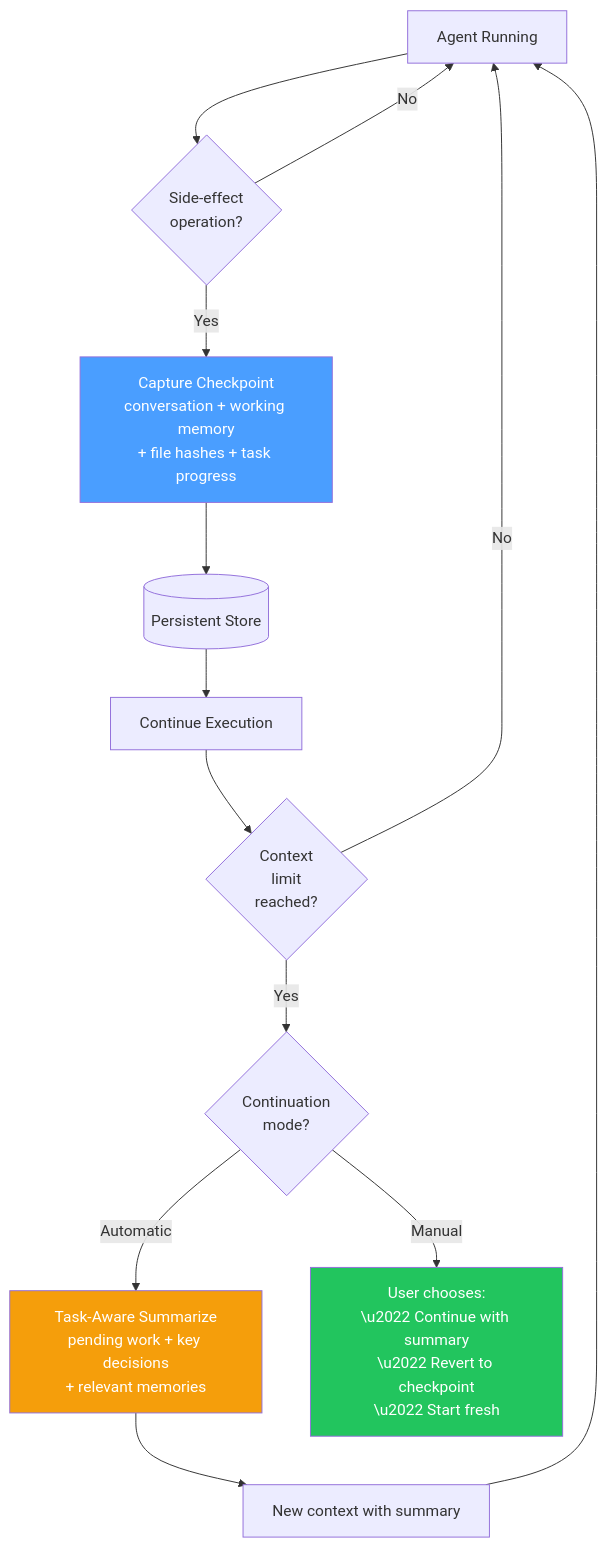
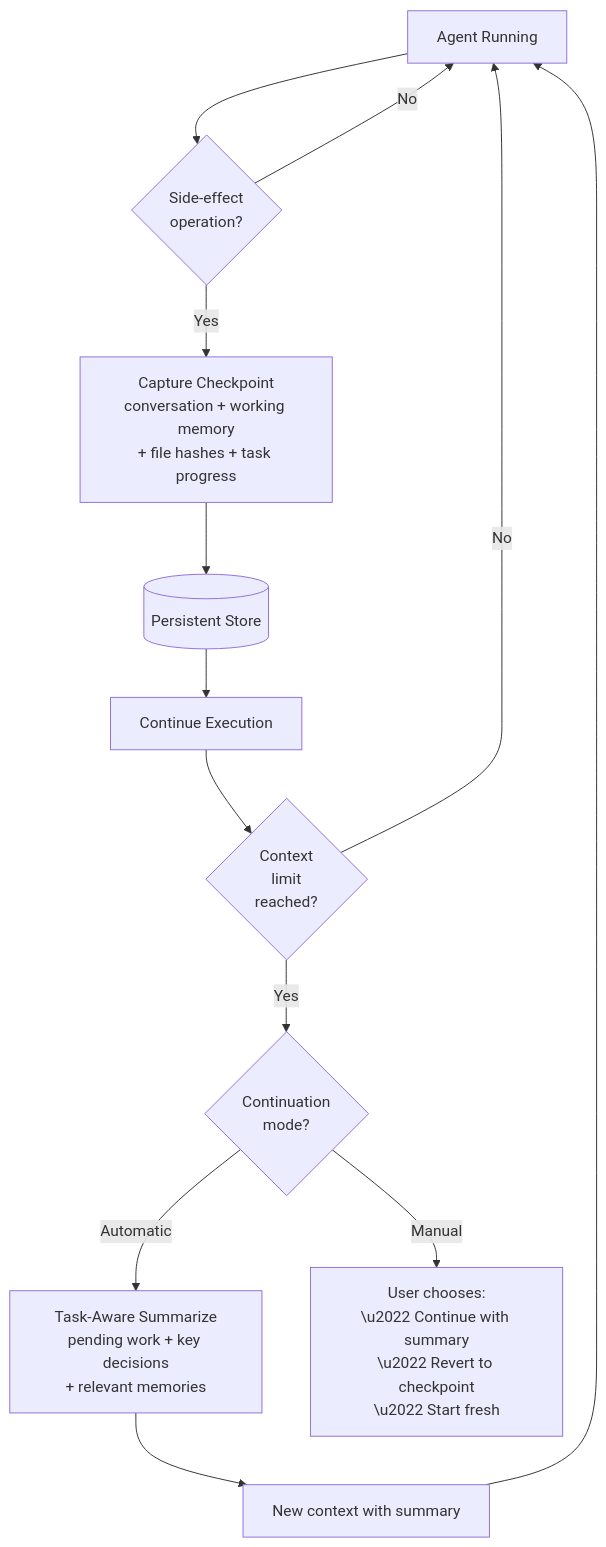
Before and after one commit to elisplash/paw: diagram 17 of 18 in ENGRAM.md, drawn with Mermaid. The commit also changed other lines of this file, not shown here.

Commit message:
docs: add mermaid diagrams throughout ENGRAM.md for visual improvement

````diff
--- a/ENGRAM.md
+++ b/ENGRAM.md
@@ -1621,22 +1589,19 @@
 ```mermaid
 flowchart TD
     RUNNING["Agent Running"] --> SIDE{"Side-effect\noperation?"}
     SIDE -- No --> RUNNING
     SIDE -- Yes --> CAPTURE["Capture Checkpoint\nconversation + working memory\n+ file hashes + task progress"]
     CAPTURE --> STORE[("Persistent Store")]
     STORE --> CONTINUE["Continue Execution"]
 
     CONTINUE --> LIMIT{"Context\nlimit\nreached?"}
     LIMIT -- No --> RUNNING
     LIMIT -- Yes --> MODE{"Continuation\nmode?"}
 
     MODE -- Automatic --> SUMMARIZE["Task-Aware Summarize\npending work + key decisions\n+ relevant memories"]
     SUMMARIZE --> NEW["New context with summary"]
     NEW --> RUNNING
 
     MODE -- Manual --> CHOICE["User chooses:\n\u2022 Continue with summary\n\u2022 Revert to checkpoint\n\u2022 Start fresh"]
 
-    style CAPTURE fill:#4a9eff,color:#fff
-    style SUMMARIZE fill:#f59e0b,color:#fff
-    style CHOICE fill:#22c55e,color:#fff
 ```
````
